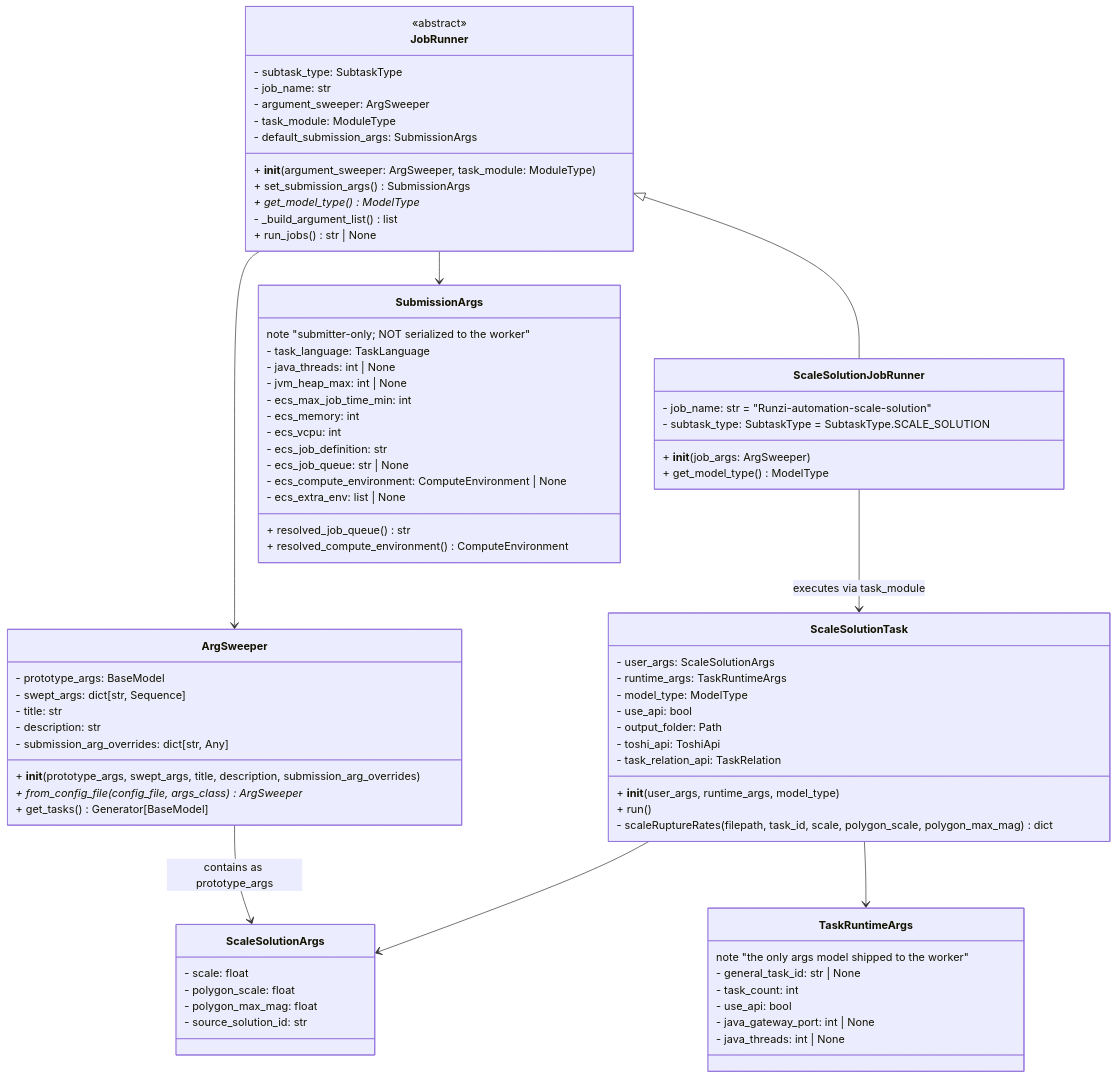
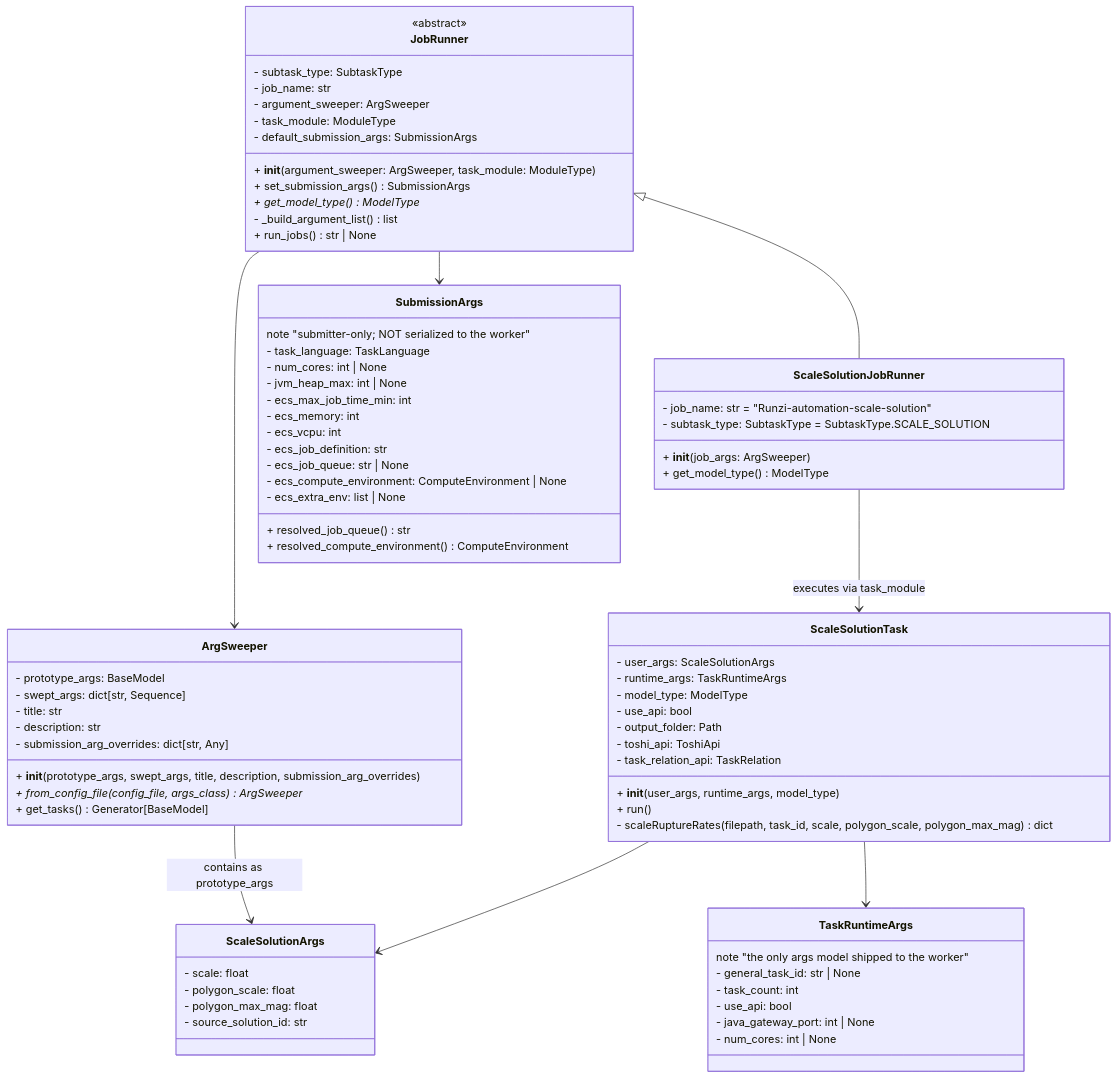
The diagram in docs/architecture/architecture.md (GNS-Science/nzshm-runzi), drawn with Mermaid before and after one commit. The commit also changed 28 other files, not shown here.

First line of the commit message:
refactor: rename java_threads arg to num_cores

```diff
--- a/docs/architecture/architecture.md
+++ b/docs/architecture/architecture.md
@@ -39,7 +39,7 @@
     class SubmissionArgs {
         note "submitter-only; NOT serialized to the worker"
         - task_language: TaskLanguage
-        - java_threads: int | None
+        - num_cores: int | None
         - jvm_heap_max: int | None
         - ecs_max_job_time_min: int
         - ecs_memory: int
@@ -58,7 +58,7 @@
         - task_count: int
         - use_api: bool
         - java_gateway_port: int | None
-        - java_threads: int | None
+        - num_cores: int | None
     }
     
     class ScaleSolutionArgs {
```
